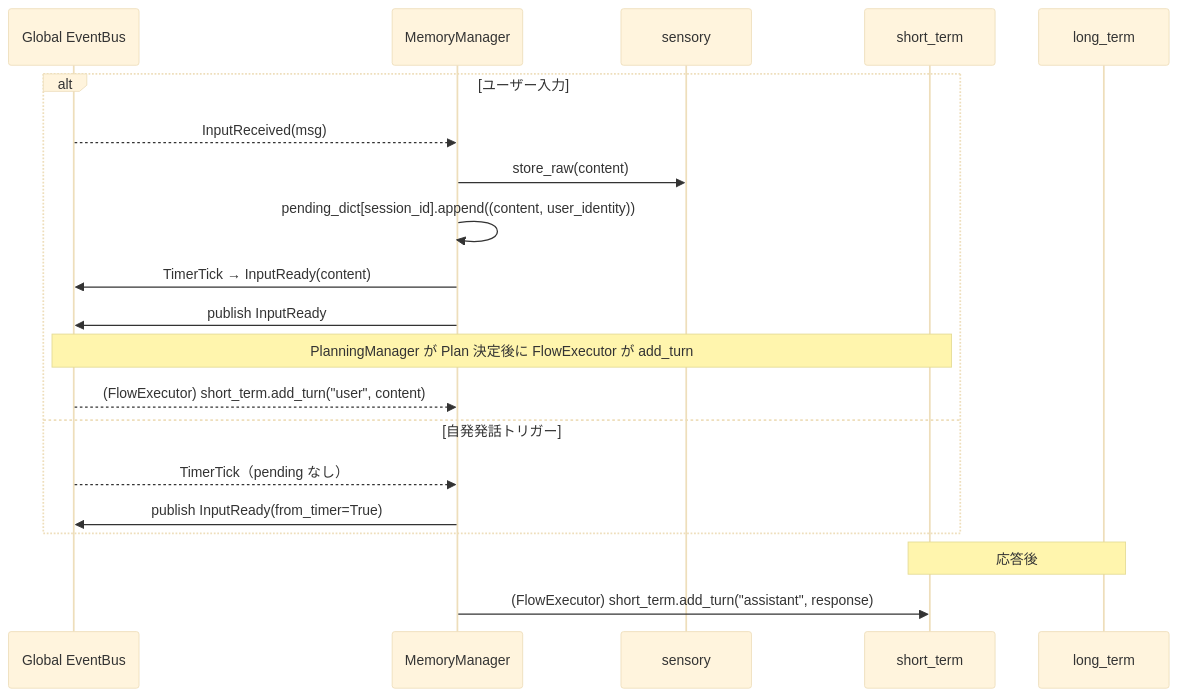
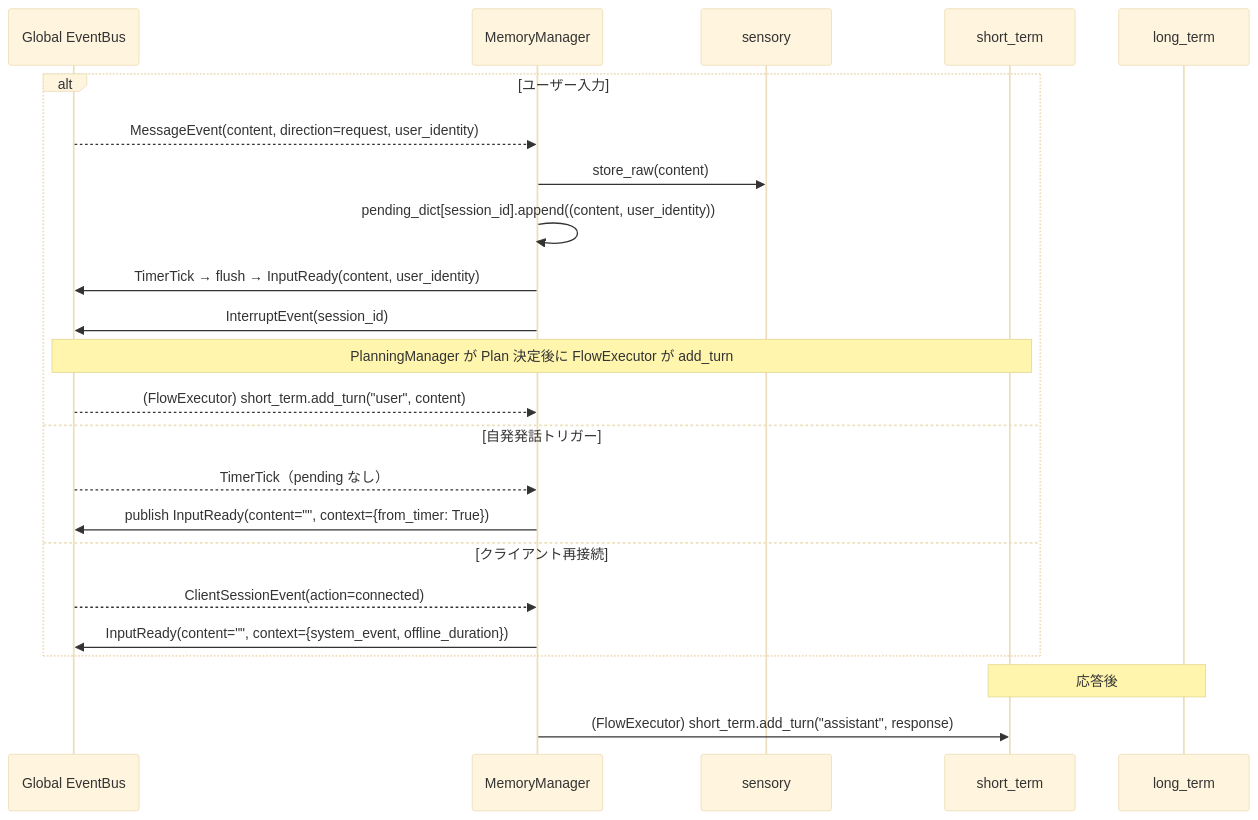
One commit to ibukani/iris-mind changed the diagram in docs/memory-layer.md. Above: the diagram before and after it, drawn with Mermaid (base theme). The commit also changed other lines of this file and 5 other files, not shown here.

````diff
--- a/docs/memory-layer.md
+++ b/docs/memory-layer.md
@@ -186,25 +188,28 @@
 ```mermaid
 sequenceDiagram
     participant EB as Global EventBus
     participant MGR as MemoryManager
     participant SEN as sensory
     participant STM as short_term
     participant LTM as long_term
 
     alt ユーザー入力
-        EB-->>MGR: InputReceived(msg)
+        EB-->>MGR: MessageEvent(content, direction=request, user_identity)
         MGR->>SEN: store_raw(content)
         MGR->>MGR: pending_dict[session_id].append((content, user_identity))
-        MGR->>EB: TimerTick → InputReady(content)
-        MGR->>EB: publish InputReady
+        MGR->>EB: TimerTick → flush → InputReady(content, user_identity)
+        MGR->>EB: InterruptEvent(session_id)
 
         Note over EB,STM: PlanningManager が Plan 決定後に FlowExecutor が add_turn
         EB-->>MGR: (FlowExecutor) short_term.add_turn("user", content)
     else 自発発話トリガー
         EB-->>MGR: TimerTick（pending なし）
-        MGR->>EB: publish InputReady(from_timer=True)
+        MGR->>EB: publish InputReady(content="", context={from_timer: True})
+    else クライアント再接続
+        EB-->>MGR: ClientSessionEvent(action=connected)
+        MGR->>EB: InputReady(content="", context={system_event, offline_duration})
     end
 
     Note over STM,LTM: 応答後
     MGR->>STM: (FlowExecutor) short_term.add_turn("assistant", response)
 ```
````
